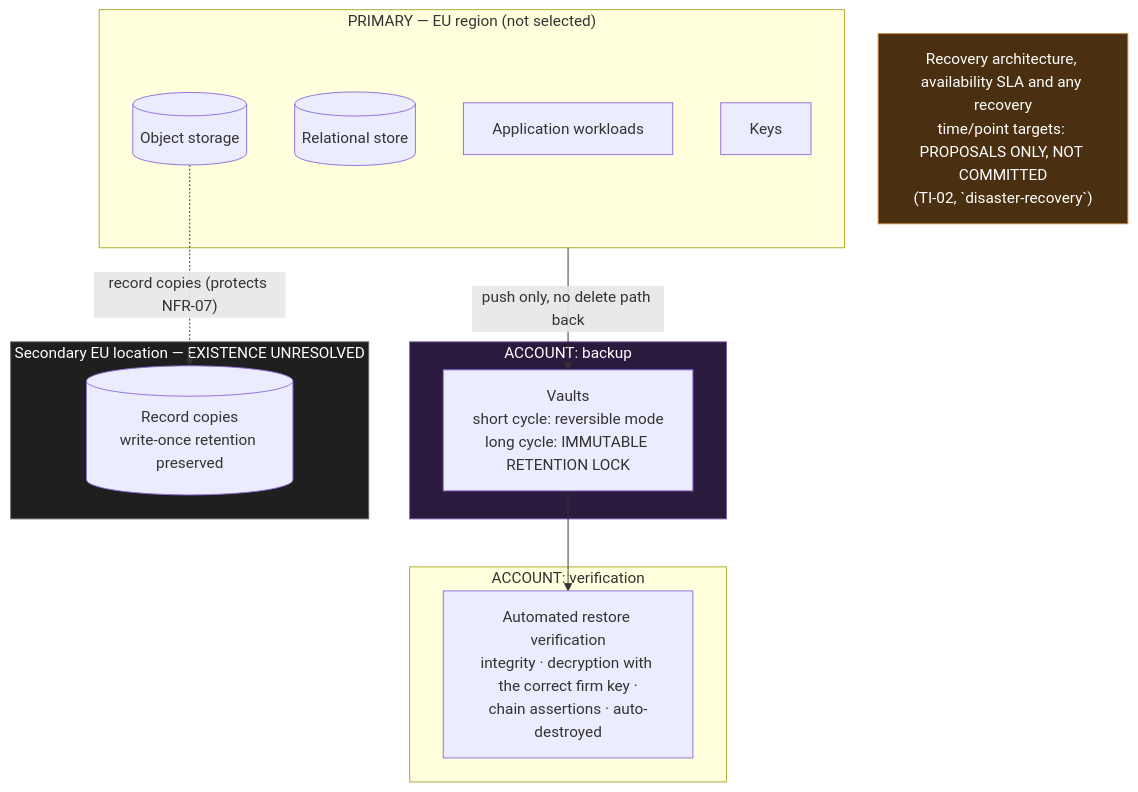
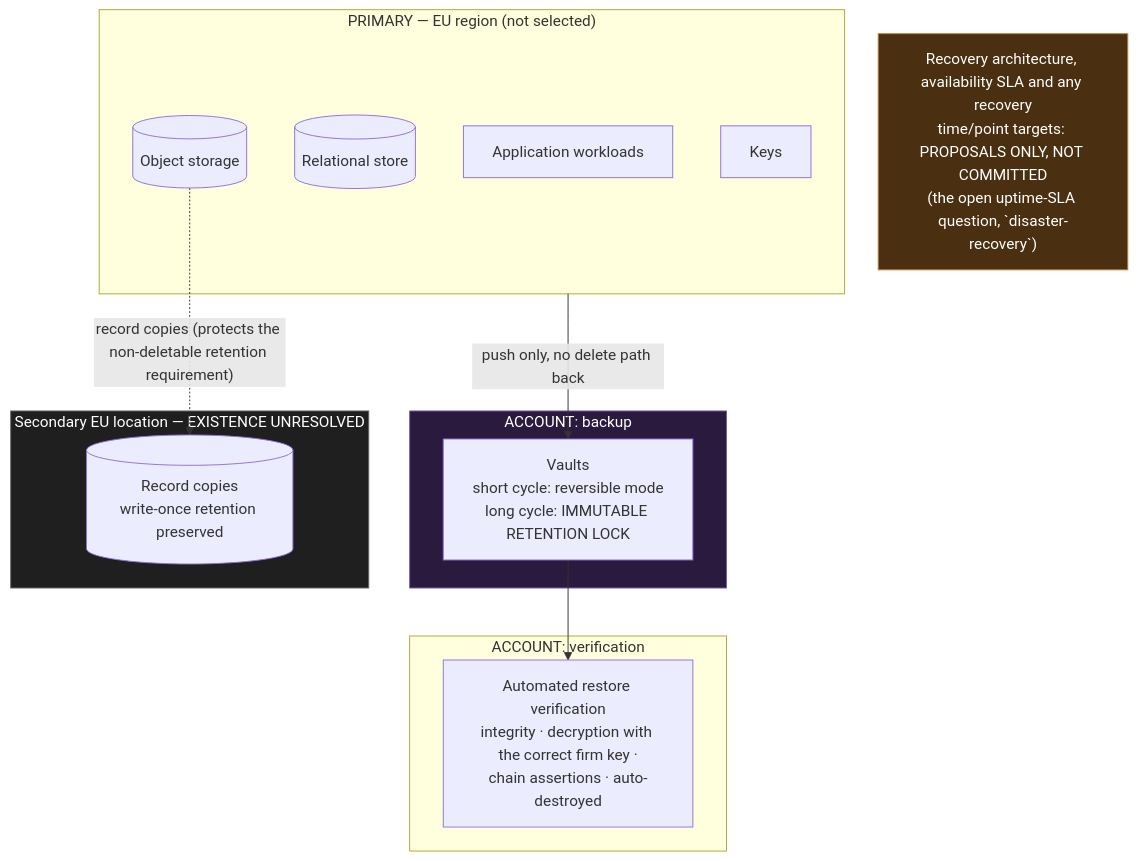
Before and after one commit to sayone-tech/Compliance_iq_backend: the ninth of 11 diagrams in docs/research/Data And Document Security/architecture-diagrams.md, drawn with Mermaid. The commit also changed other lines of this file and 39 other files, not shown here.

````diff
--- a/docs/research/Data And Document Security/architecture-diagrams.md
+++ b/docs/research/Data And Document Security/architecture-diagrams.md
@@ -271,27 +271,27 @@
 ```mermaid
 graph TB
     subgraph P["PRIMARY — EU region (not selected)"]
         PE["Application workloads"]
         PA[("Relational store")]
         PS[("Object storage")]
         PK["Keys"]
     end
     subgraph B["ACCOUNT: backup"]
         BV["Vaults<br/>short cycle: reversible mode<br/>long cycle: IMMUTABLE RETENTION LOCK"]
     end
     subgraph V["ACCOUNT: verification"]
         VR["Automated restore verification<br/>integrity · decryption with the correct firm key ·<br/>chain assertions · auto-destroyed"]
     end
     subgraph S["Secondary EU location — EXISTENCE UNRESOLVED"]
         SS[("Record copies<br/>write-once retention preserved")]
     end
 
     P -->|"push only, no delete path back"| BV
     BV --> VR
-    PS -.->|"record copies (protects NFR-07)"| SS
-    NOTE["Recovery architecture, availability SLA and any recovery<br/>time/point targets: PROPOSALS ONLY, NOT COMMITTED<br/>(TI-02, `disaster-recovery`)"]
+    PS -.->|"record copies (protects the non-deletable retention requirement)"| SS
+    NOTE["Recovery architecture, availability SLA and any recovery<br/>time/point targets: PROPOSALS ONLY, NOT COMMITTED<br/>(the open uptime-SLA question, `disaster-recovery`)"]
 
     style B fill:#2a1a3e,stroke:#7a5aaa,color:#fff
     style S fill:#1f1f1f,stroke:#666,color:#fff
     style NOTE fill:#4a3010,stroke:#c08040,color:#fff
 ```
````
